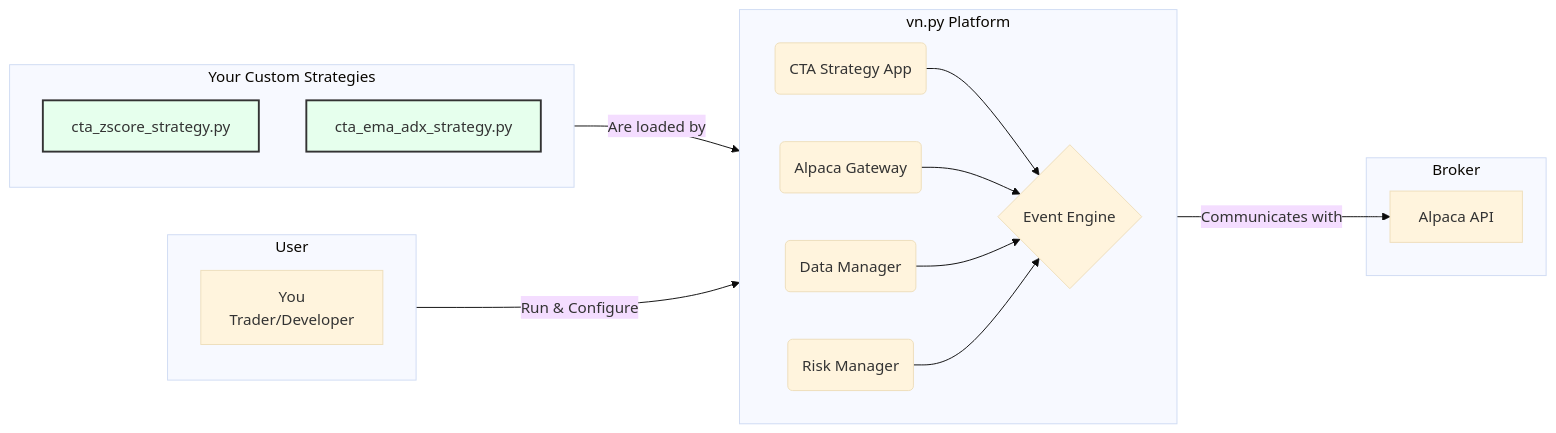
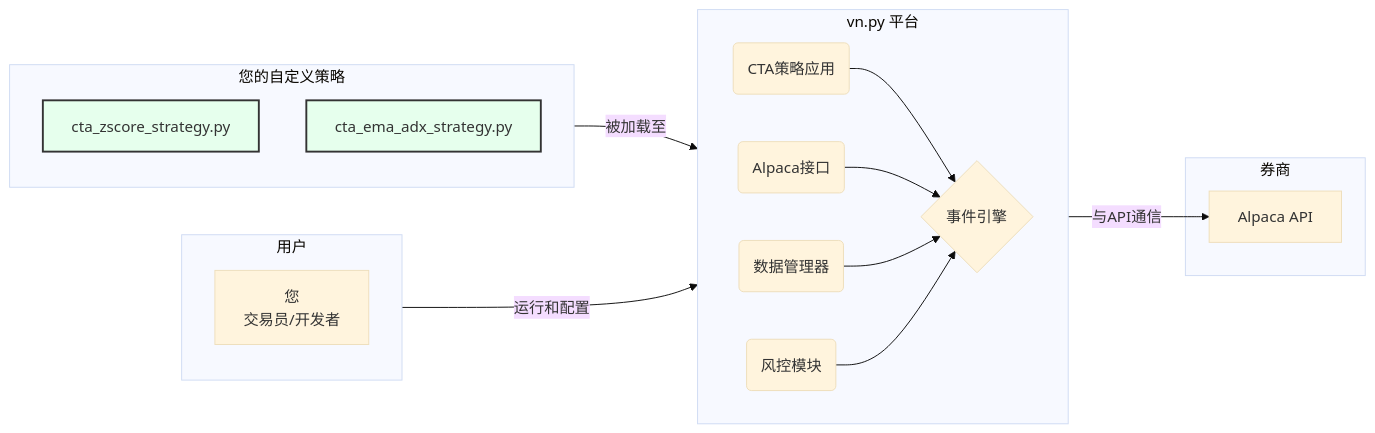
One commit to runchengxie/vnpy-trading-framework changed the diagram in README.md. Above: the diagram before and after it, drawn with Mermaid (base theme). The commit also changed other lines of this file, not shown here.

````diff
--- a/README.md
+++ b/README.md
@@ -36,31 +51,31 @@
 ```mermaid
 flowchart LR
-    subgraph User
+    subgraph 用户
         direction TB
-        A[You<br>Trader/Developer]
+        A[您<br>交易员/开发者]
     end
 
-    subgraph vn_py_Platform ["vn.py Platform"]
+    subgraph vn_py_平台 ["vn.py 平台"]
         direction LR
-        B(CTA Strategy App) --> C{Event Engine};
-        D(Alpaca Gateway) --> C;
-        E(Data Manager) --> C;
-        F(Risk Manager) --> C;
+        B(CTA策略应用) --> C{事件引擎};
+        D(Alpaca接口) --> C;
+        E(数据管理器) --> C;
+        F(风控模块) --> C;
     end
     
-    subgraph Your_Code [Your Custom Strategies]
+    subgraph 自定义策略 [您的自定义策略]
         G[cta_zscore_strategy.py]
         H[cta_ema_adx_strategy.py]
     end
 
-    subgraph Broker
+    subgraph 券商
         I[Alpaca API]
     end
 
-    A -- "Run & Configure" --> vn_py_Platform;
-    Your_Code -- "Are loaded by" --> B;
-    D -- "Communicates with" --> I;
+    A -- "运行和配置" --> vn_py_平台;
+    自定义策略 -- "被加载至" --> B;
+    D -- "与API通信" --> I;
     
     classDef yourcode fill:#e6ffed,stroke:#333,stroke-width:2px;
     class G,H yourcode
 ```
````
